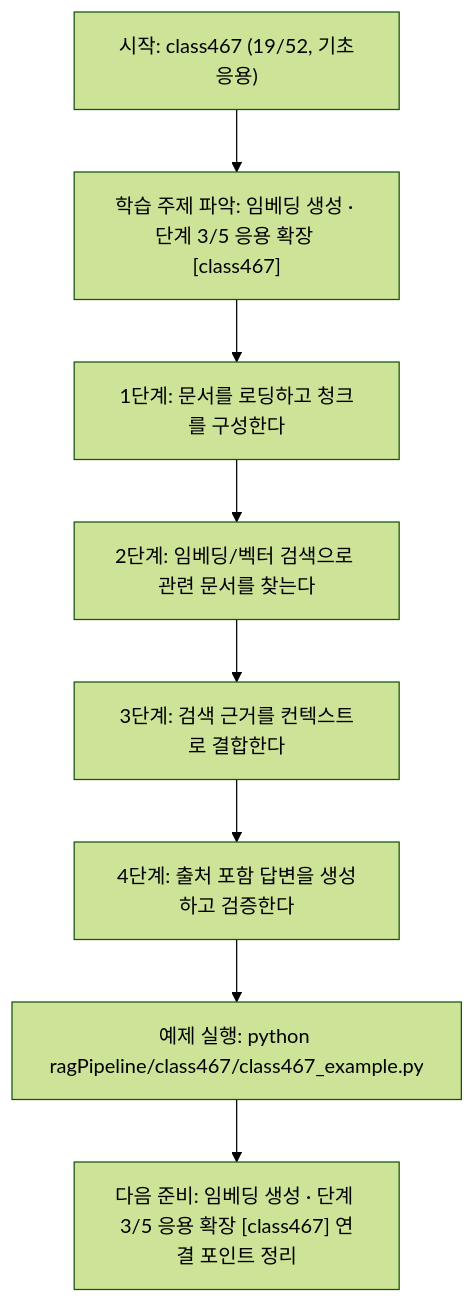
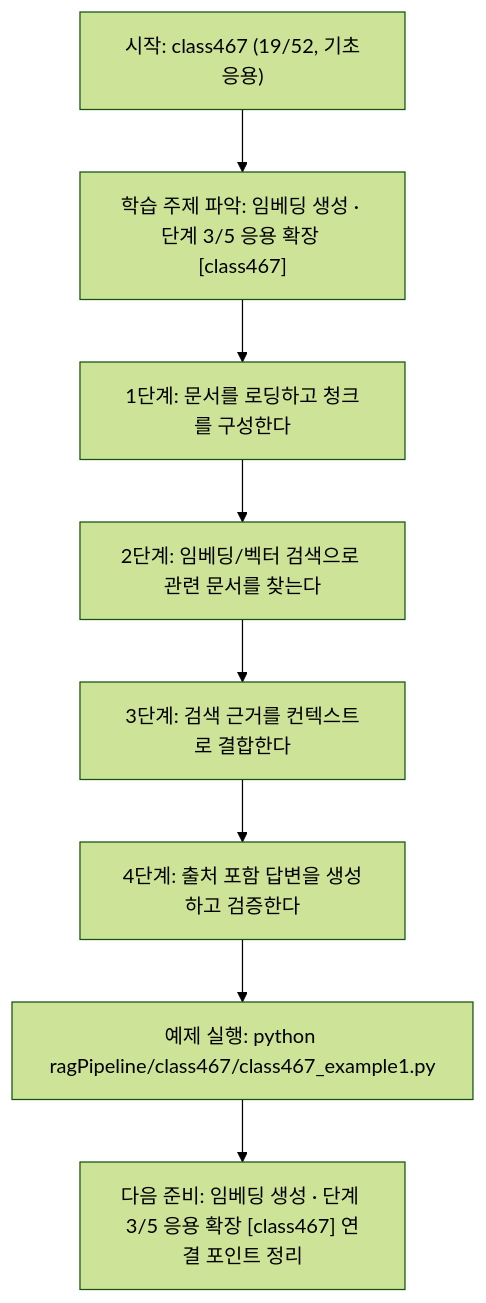
One commit to edumgt/Python-AI_Agent-Class changed the diagram in ragPipeline/class467/class467.md. Above: the diagram before and after it, drawn with Mermaid (forest theme). The commit also changed other lines of this file and 2959 other files, not shown here.

````diff
--- a/ragPipeline/class467/class467.md
+++ b/ragPipeline/class467/class467.md
@@ -110,18 +110,18 @@
 ```mermaid
 flowchart TD
 N1["시작: class467 (19/52, 기초응용)"]
 N2["학습 주제 파악: 임베딩 생성 · 단계 3/5 응용 확장 [class467]"]
 N3["1단계: 문서를 로딩하고 청크를 구성한다"]
 N4["2단계: 임베딩/벡터 검색으로 관련 문서를 찾는다"]
 N5["3단계: 검색 근거를 컨텍스트로 결합한다"]
 N6["4단계: 출처 포함 답변을 생성하고 검증한다"]
-N7["예제 실행: python ragPipeline/class467/class467_example.py"]
+N7["예제 실행: python ragPipeline/class467/class467_example1.py"]
 N8["다음 준비: 임베딩 생성 · 단계 3/5 응용 확장 [class467] 연결 포인트 정리"]
 N1 --> N2
 N2 --> N3
 N3 --> N4
 N4 --> N5
 N5 --> N6
 N6 --> N7
 N7 --> N8
 ```
````
